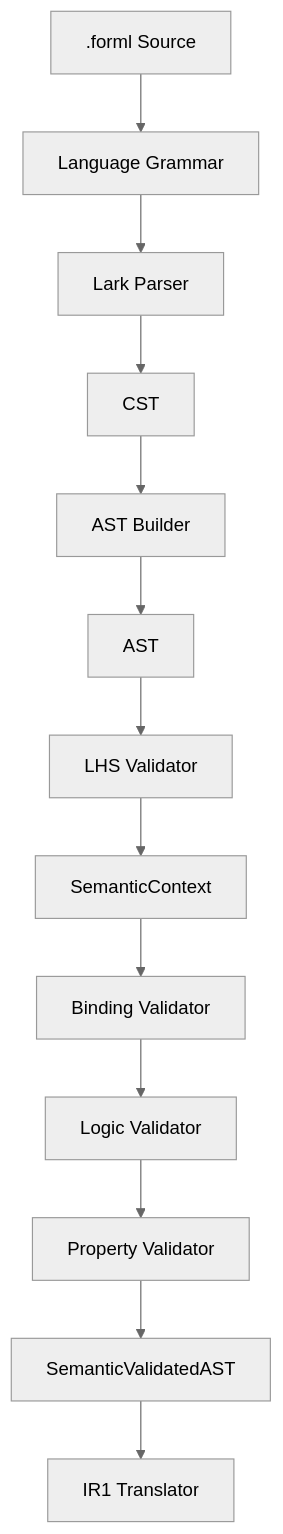
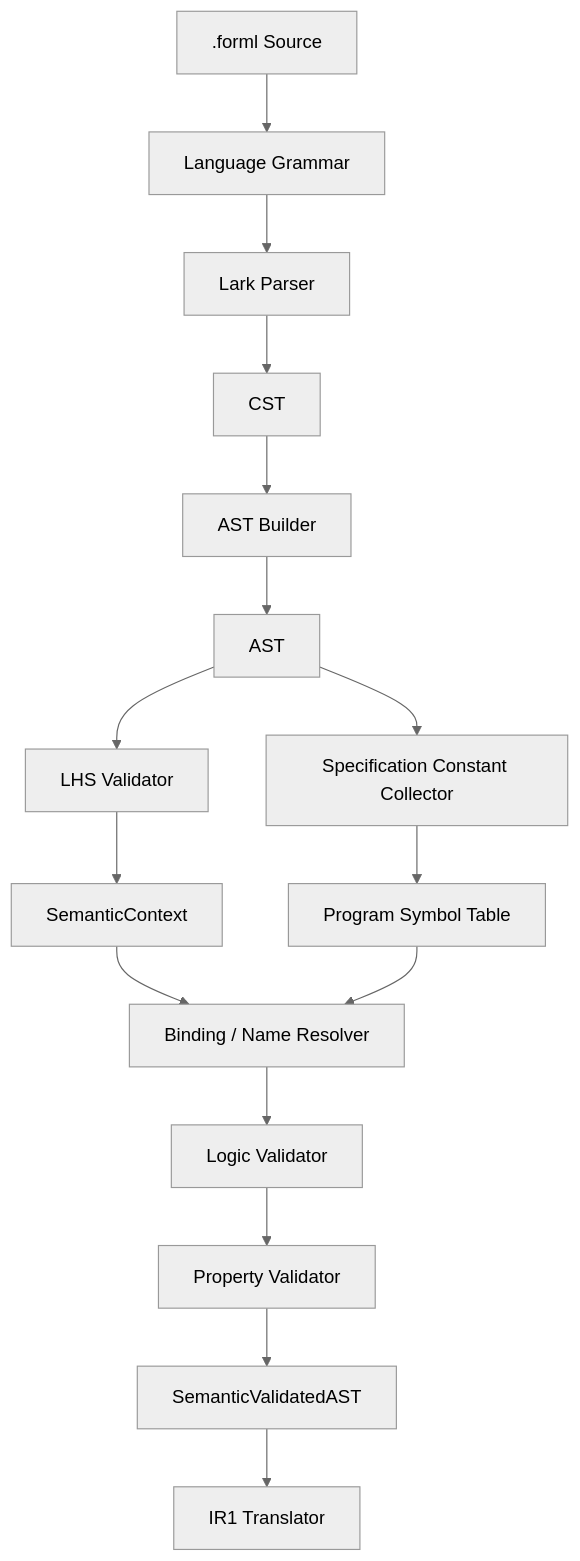
The diagram in docs/architecture/c4-component-compiler.md (KintanaOne/Toetra), drawn with Mermaid (neutral theme) before and after one commit. The commit also changed other lines of this file and 121 other files, not shown here.

````diff
--- a/docs/architecture/c4-component-compiler.md
+++ b/docs/architecture/c4-component-compiler.md
@@ -22,38 +22,47 @@
 ```mermaid
 flowchart TD
     Source[.forml Source]
         --> Grammar[Language Grammar]
 
     Grammar
         --> Parser[Lark Parser]
 
     Parser
         --> CST[CST]
 
     CST
         --> Builder[AST Builder]
 
     Builder
         --> AST[AST]
 
     AST
+        --> Constants[Specification Constant Collector]
+
+    Constants
+        --> ProgramSymbols[Program Symbol Table]
+
+    AST
         --> LHS[LHS Validator]
 
     LHS
         --> Context[SemanticContext]
 
     Context
-        --> Binding[Binding Validator]
+        --> Binding[Binding / Name Resolver]
+
+    ProgramSymbols
+        --> Binding
 
     Binding
         --> Logic[Logic Validator]
 
     Logic
         --> Property[Property Validator]
 
     Property
         --> SemanticAST[SemanticValidatedAST]
 
     SemanticAST
         --> IR1[IR1 Translator]
 ```
````
